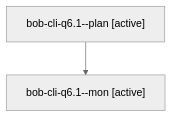
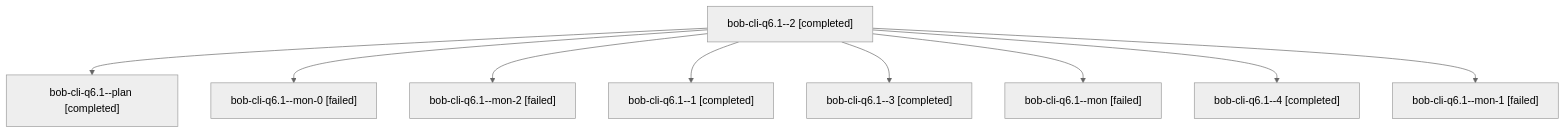
The diagram in sessions/bbugyi200.athena.bob-cli-q6.1.md (bobs-org/bob-cli--agents), drawn with Mermaid (neutral theme) before and after one commit. The commit also changed other lines of this file and 74 other files, not shown here.

````diff
--- a/sessions/bbugyi200.athena.bob-cli-q6.1.md
+++ b/sessions/bbugyi200.athena.bob-cli-q6.1.md
@@ -9,6 +9,20 @@
 ```mermaid
 flowchart TD
-  n0["bob-cli-q6.1--plan [active]"]
-  n1["bob-cli-q6.1--mon [active]"]
+  n0["bob-cli-q6.1--2 [completed]"]
+  n1["bob-cli-q6.1--plan [completed]"]
   n0 --> n1
+  n2["bob-cli-q6.1--mon-0 [failed]"]
+  n0 --> n2
+  n3["bob-cli-q6.1--mon-2 [failed]"]
+  n0 --> n3
+  n4["bob-cli-q6.1--1 [completed]"]
+  n0 --> n4
+  n5["bob-cli-q6.1--3 [completed]"]
+  n0 --> n5
+  n6["bob-cli-q6.1--mon [failed]"]
+  n0 --> n6
+  n7["bob-cli-q6.1--4 [completed]"]
+  n0 --> n7
+  n8["bob-cli-q6.1--mon-1 [failed]"]
+  n0 --> n8
 ```
````
